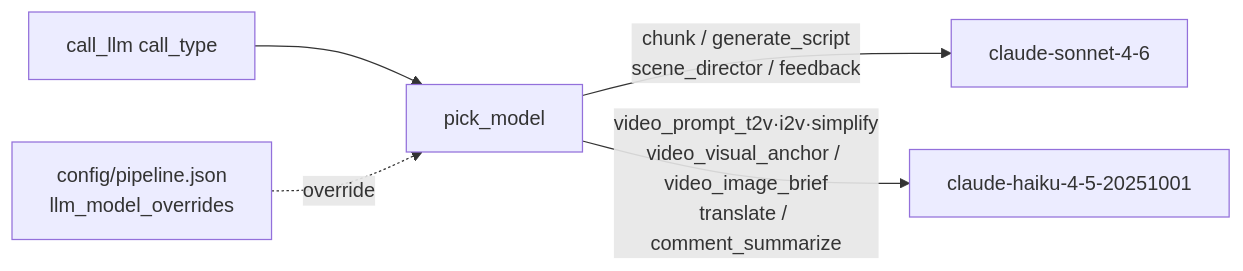
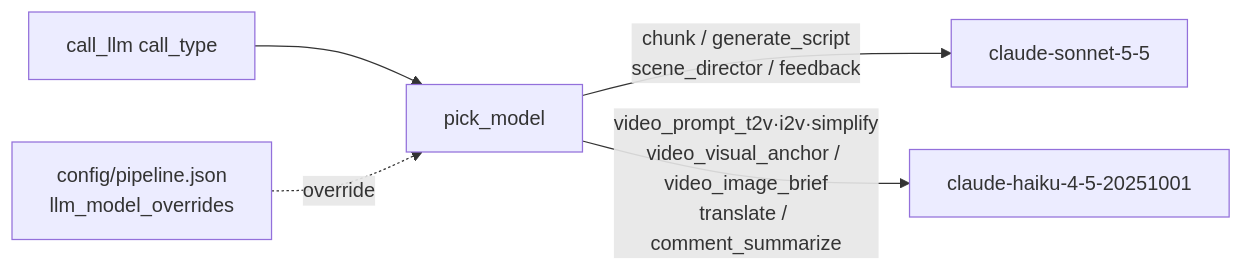
Before and after one commit to Justant-source/WaggleBot: the second of 2 diagrams in docs/worker/30-components/pipeline.md, drawn with Mermaid. The commit also changed other lines of this file and 22 other files, not shown here.

````diff
--- a/docs/worker/30-components/pipeline.md
+++ b/docs/worker/30-components/pipeline.md
@@ -200,7 +200,7 @@
 ```mermaid
 flowchart LR
     CALL[call_llm call_type] --> ROUTER[pick_model]
-    ROUTER --> |chunk / generate_script<br/>scene_director / feedback| SONNET[claude-sonnet-4-6]
+    ROUTER --> |chunk / generate_script<br/>scene_director / feedback| SONNET[claude-sonnet-5-5]
     ROUTER --> |video_prompt_t2v·i2v·simplify<br/>video_visual_anchor / video_image_brief<br/>translate / comment_summarize| HAIKU[claude-haiku-4-5-20251001]
     OVERRIDE[config/pipeline.json<br/>llm_model_overrides] -.->|override| ROUTER
 ```
````
